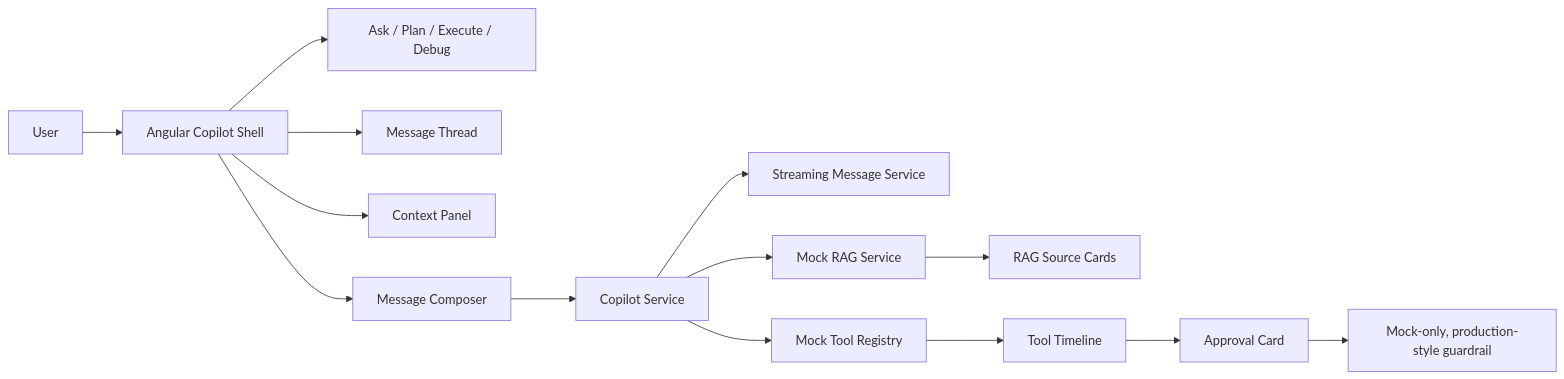
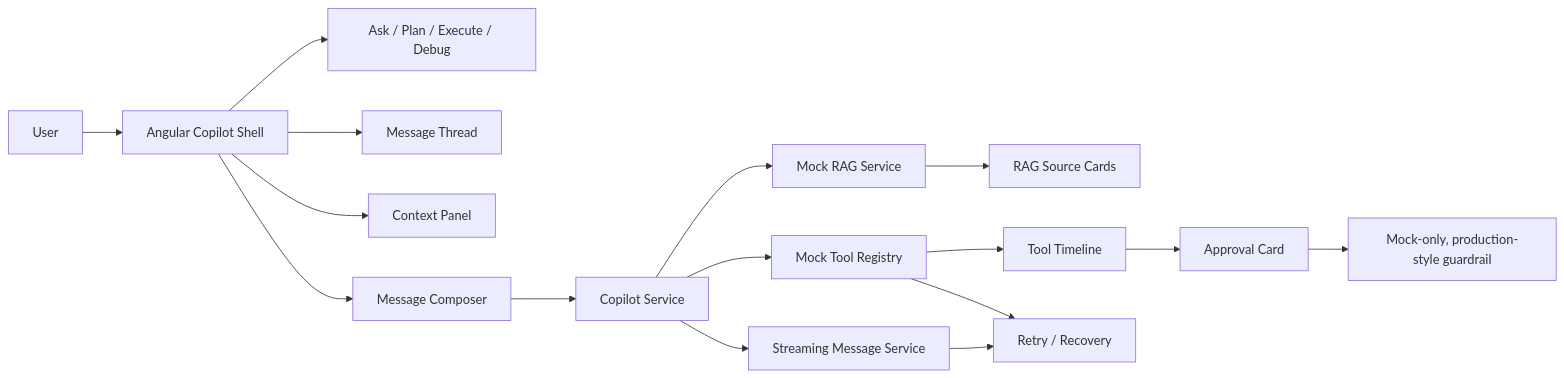
One commit to AnkitParekh007/angular-ai-copilot-starter changed the diagram in README.md. Above: the diagram before and after it, drawn with Mermaid. The commit also changed other lines of this file, not shown here.

````diff
--- a/README.md
+++ b/README.md
@@ -72,16 +104,18 @@
 ```mermaid
 flowchart LR
     User[User] --> Shell[Angular Copilot Shell]
     Shell --> Modes[Ask / Plan / Execute / Debug]
     Shell --> Thread[Message Thread]
     Shell --> Context[Context Panel]
     Shell --> Composer[Message Composer]
     Composer --> Service[Copilot Service]
     Service --> Streaming[Streaming Message Service]
     Service --> Rag[Mock RAG Service]
     Service --> Tools[Mock Tool Registry]
     Rag --> Sources[RAG Source Cards]
     Tools --> Timeline[Tool Timeline]
     Timeline --> Approval[Approval Card]
     Approval --> Guardrail[Mock-only, production-style guardrail]
+    Streaming --> Recovery[Retry / Recovery]
+    Tools --> Recovery
 ```
````
